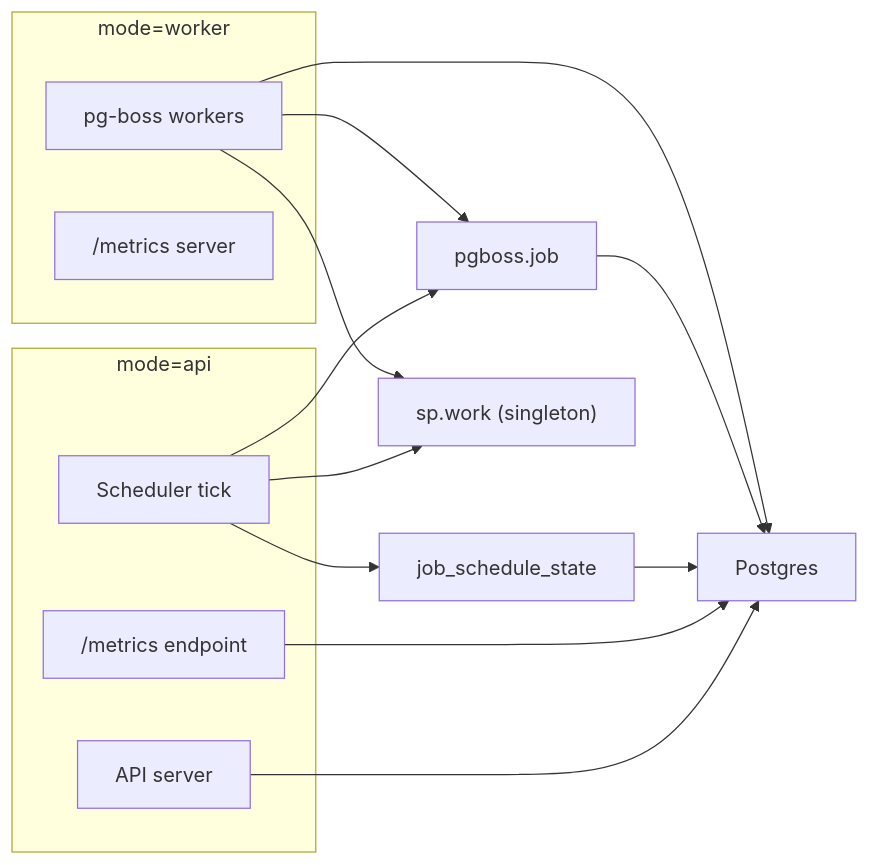
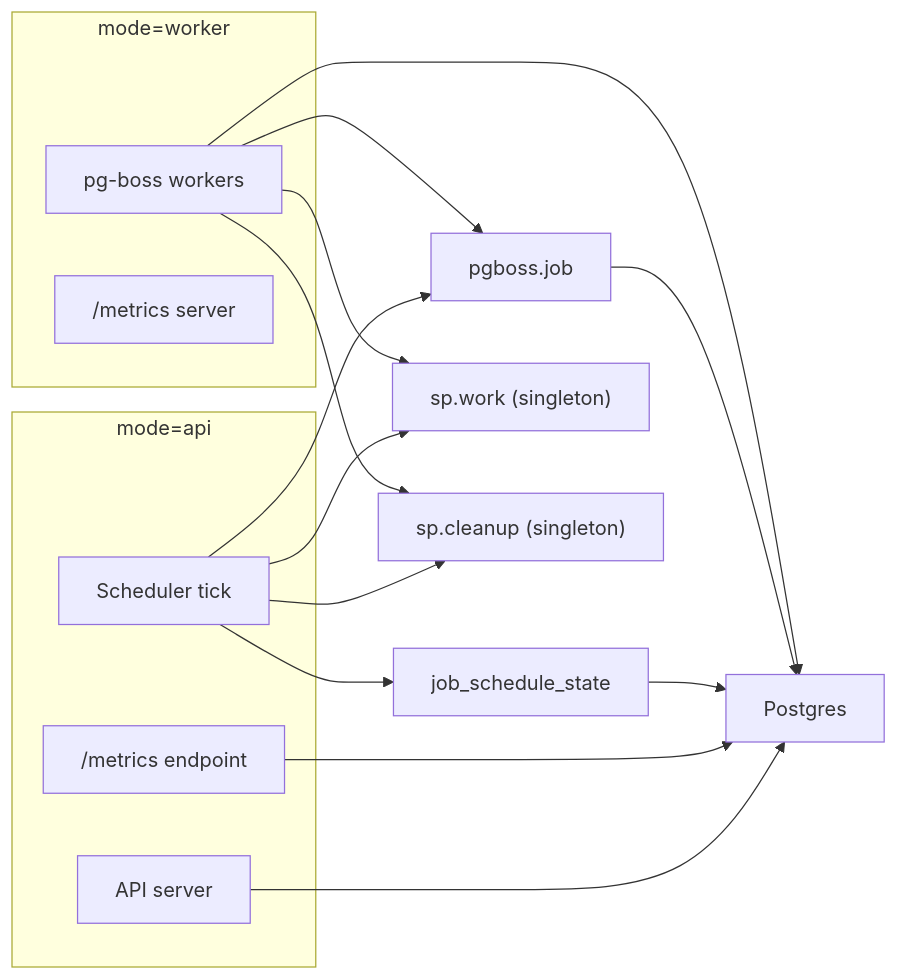
Before and after one commit to FilOzone/dealbot: the diagram in docs/jobs.md, drawn with Mermaid. The commit also changed other lines of this file and 31 other files, not shown here.

````diff
--- a/docs/jobs.md
+++ b/docs/jobs.md
@@ -116,30 +123,33 @@
 ```mermaid
 flowchart LR
   subgraph API["mode=api"]
     APIHTTP["API server"]
     Scheduler["Scheduler tick"]
     APIMetrics["/metrics endpoint"]
   end
 
   subgraph Worker["mode=worker"]
     Workers["pg-boss workers"]
     Metrics["/metrics server"]
   end
 
   DB["Postgres"]
   ScheduleTable["job_schedule_state"]
   BossJobs["pgboss.job"]
   SpQueue["sp.work (singleton)"]
+  CleanupQueue["sp.cleanup (singleton)"]
 
   APIHTTP --> DB
   APIMetrics --> DB
   Scheduler --> ScheduleTable
   Scheduler --> BossJobs
   Scheduler --> SpQueue
+  Scheduler --> CleanupQueue
   ScheduleTable --> DB
   BossJobs --> DB
 
   Workers --> BossJobs
   Workers --> SpQueue
+  Workers --> CleanupQueue
   Workers --> DB
 ```
````
